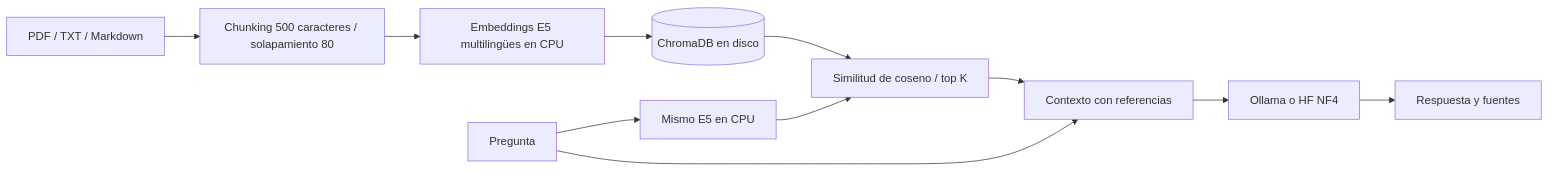
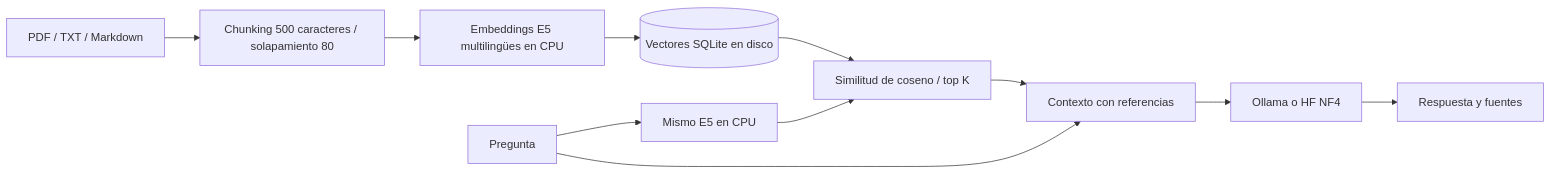
One commit to tunelko/rag-lab changed the diagram in docs/REFERENCE.es.md. Above: the diagram before and after it, drawn with Mermaid. The commit also changed other lines of this file and 26 other files, not shown here.

Commit message:
Replace vulnerable Chroma dependency with verified SQLite vectors

````diff
--- a/docs/REFERENCE.es.md
+++ b/docs/REFERENCE.es.md
@@ -382,13 +382,13 @@
 ```mermaid
 flowchart LR
     A[PDF / TXT / Markdown] --> B[Chunking 500 caracteres / solapamiento 80]
     B --> C[Embeddings E5 multilingües en CPU]
-    C --> D[(ChromaDB en disco)]
+    C --> D[(Vectores SQLite en disco)]
     Q[Pregunta] --> E[Mismo E5 en CPU]
     E --> F[Similitud de coseno / top K]
     D --> F
     F --> P[Contexto con referencias]
     Q --> P
     P --> L[Ollama o HF NF4]
     L --> R[Respuesta y fuentes]
 ```
````
